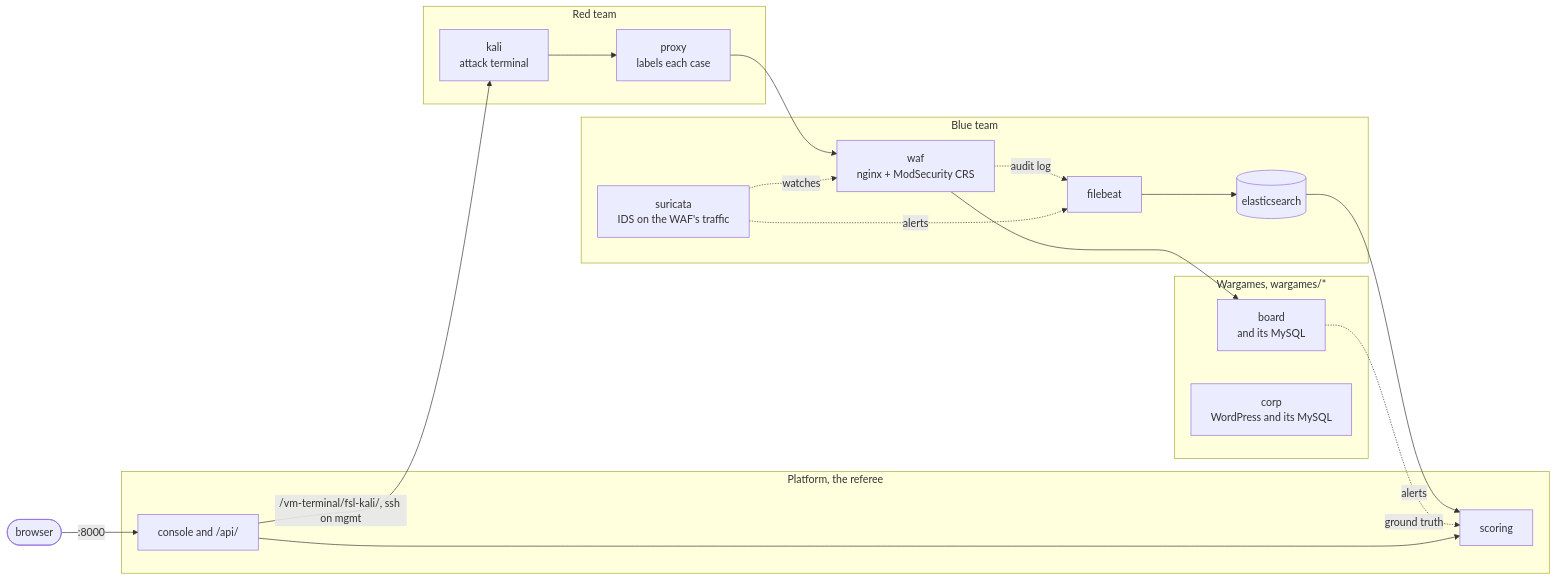
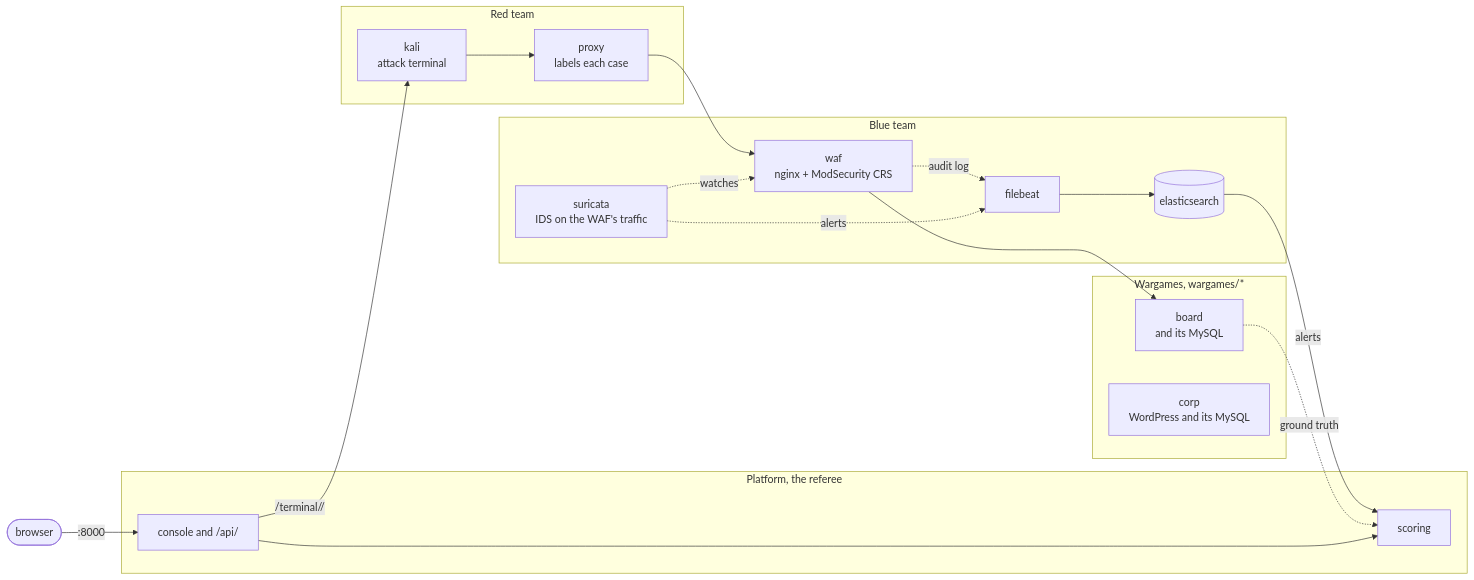
Before and after one commit to Nekonic/fsl-project-mvp: the second of 2 diagrams in README.md, drawn with Mermaid. The commit also changed other lines of this file and 7 other files, not shown here.

````diff
--- a/README.md
+++ b/README.md
@@ -76,39 +77,39 @@
 ```mermaid
 flowchart LR
   person(["browser"])
 
   subgraph red["Red team"]
     kali["kali<br/>attack terminal"]
     proxy["proxy<br/>labels each case"]
   end
 
   subgraph blue["Blue team"]
     waf["waf<br/>nginx + ModSecurity CRS"]
     suricata["suricata<br/>IDS on the WAF's traffic"]
     filebeat["filebeat"]
     es[("elasticsearch")]
   end
 
   subgraph wargames["Wargames, wargames/*"]
     board["board<br/>and its MySQL"]
     corp["corp<br/>WordPress and its MySQL"]
   end
 
   subgraph platform["Platform, the referee"]
     console["console and /api/"]
     scoring["scoring"]
   end
 
   person -->|":8000"| console
-  console -->|"/vm-terminal/fsl-kali/, ssh on mgmt"| kali
+  console -->|"/terminal/<session id>/"| kali
   kali --> proxy
   proxy --> waf
   waf --> board
   suricata -.->|watches| waf
   waf -.->|audit log| filebeat
   suricata -.->|alerts| filebeat
   filebeat --> es
   es -->|alerts| scoring
   board -.->|ground truth| scoring
   console --> scoring
 ```
````
